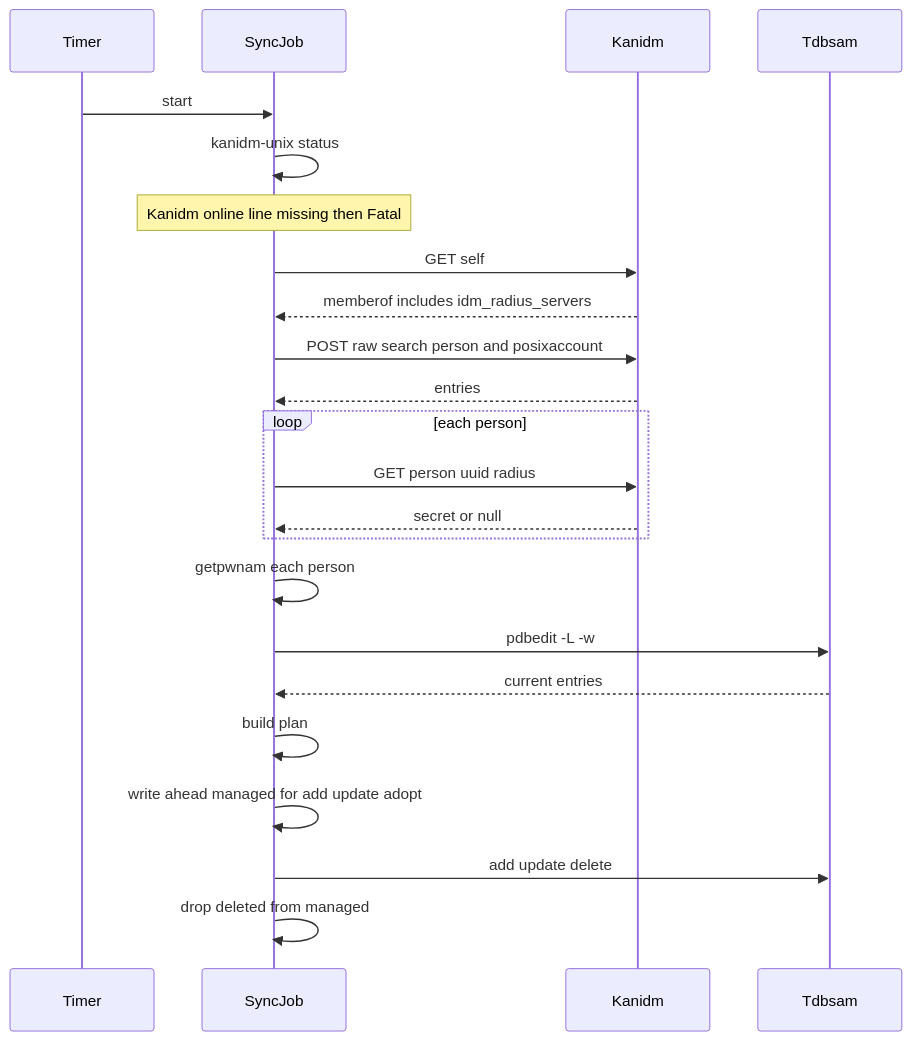
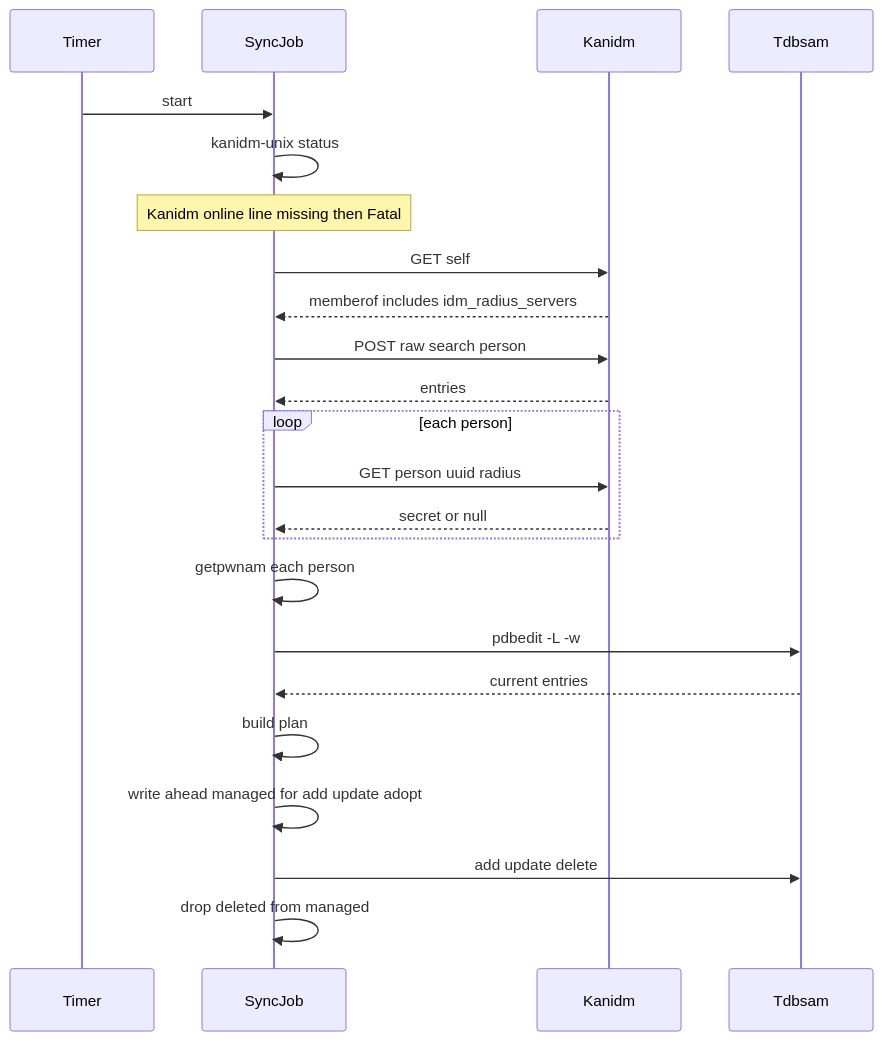
One commit to tom1022/my-home-network changed the second of 2 diagrams in .kiro/specs/nas-smb-kanidm-auth/design.md. Above: the diagram before and after it, drawn with Mermaid. The commit also changed other lines of this file and 2 other files, not shown here.

````diff
--- a/.kiro/specs/nas-smb-kanidm-auth/design.md
+++ b/.kiro/specs/nas-smb-kanidm-auth/design.md
@@ -115,25 +115,25 @@
 ```mermaid
 sequenceDiagram
     participant T as Timer
     participant S as SyncJob
     participant K as Kanidm
     participant P as Tdbsam
     T->>S: start
     S->>S: kanidm-unix status
     Note over S: Kanidm online line missing then Fatal
     S->>K: GET self
     K-->>S: memberof includes idm_radius_servers
-    S->>K: POST raw search person and posixaccount
+    S->>K: POST raw search person
     K-->>S: entries
     loop each person
         S->>K: GET person uuid radius
         K-->>S: secret or null
     end
     S->>S: getpwnam each person
     S->>P: pdbedit -L -w
     P-->>S: current entries
     S->>S: build plan
     S->>S: write ahead managed for add update adopt
     S->>P: add update delete
     S->>S: drop deleted from managed
 ```
````
